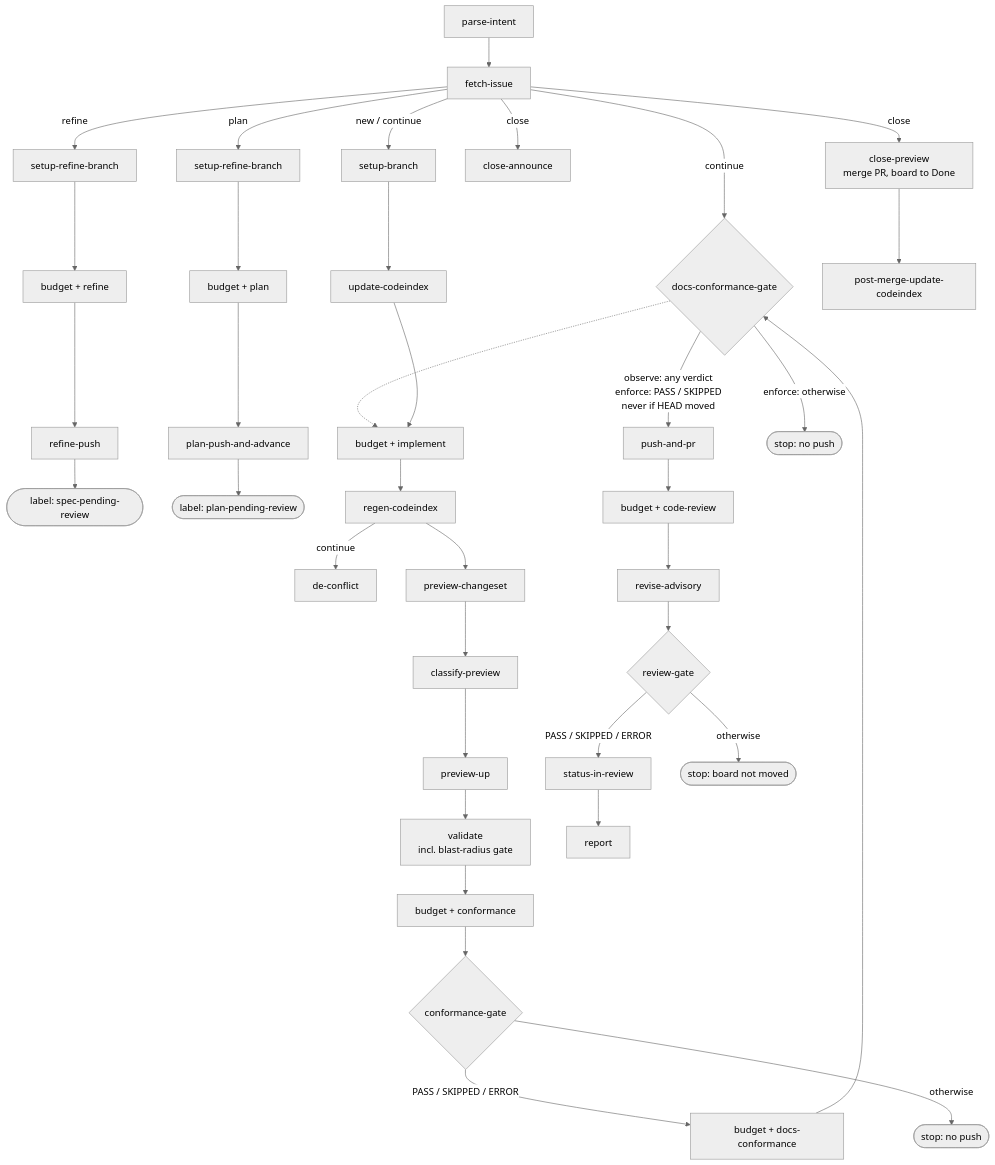
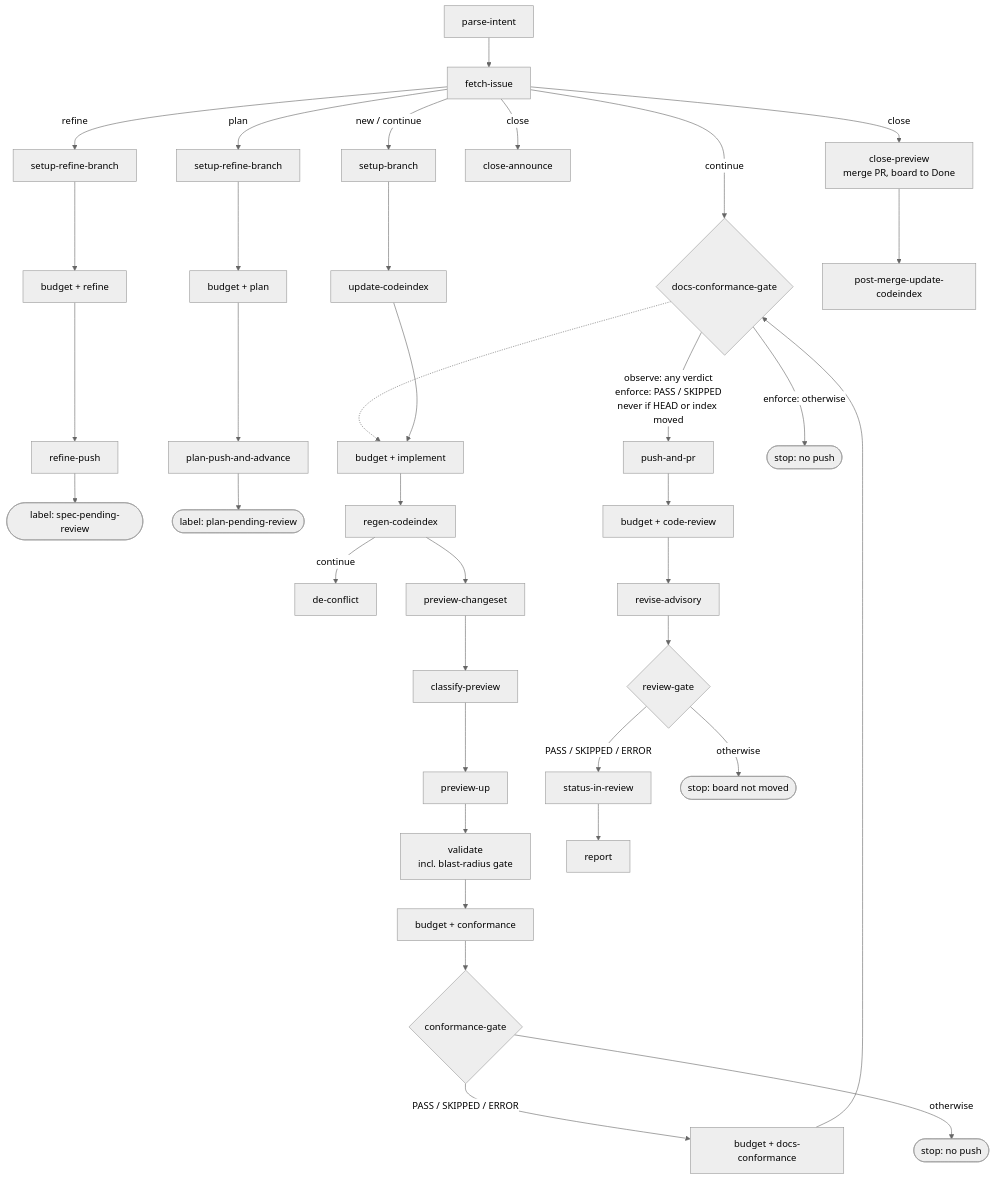
Before and after one commit to omniscient/dark-factory: the diagram in docs/run-lifecycle.md, drawn with Mermaid (neutral theme). The commit also changed other lines of this file and 8 other files, not shown here.

````diff
--- a/docs/run-lifecycle.md
+++ b/docs/run-lifecycle.md
@@ -235,32 +235,32 @@
 ```mermaid
 flowchart TD
     PI[parse-intent] --> FI[fetch-issue]
 
     FI -->|refine| RB[setup-refine-branch]
     RB --> RF["budget + refine"] --> RP[refine-push]
     RP --> SPR(["label: spec-pending-review"])
 
     FI -->|plan| PB[setup-refine-branch]
     PB --> PL["budget + plan"] --> PP[plan-push-and-advance]
     PP --> PPR(["label: plan-pending-review"])
 
     FI -->|continue| DG["digest-comments<br/>summarize-feedback<br/>acknowledge-continue"]
     FI -->|"new / continue"| SB[setup-branch]
     DG -.-> IM
     SB --> UC[update-codeindex] --> IM["budget + implement"]
     IM --> RC[regen-codeindex]
     RC -->|continue| DC[de-conflict]
     RC --> PC[preview-changeset] --> CP[classify-preview] --> PU[preview-up]
     PU --> VA["validate<br/>incl. blast-radius gate"]
     VA --> CF["budget + conformance"] --> CG{conformance-gate}
     CG -->|"PASS / SKIPPED / ERROR"| DF["budget + docs-conformance"] --> DG{docs-conformance-gate}
     CG -->|otherwise| STOP1(["stop: no push"])
-    DG -->|"observe: any verdict<br/>enforce: PASS / SKIPPED<br/>never if HEAD moved"| PR[push-and-pr]
+    DG -->|"observe: any verdict<br/>enforce: PASS / SKIPPED<br/>never if HEAD or index moved"| PR[push-and-pr]
     DG -->|"enforce: otherwise"| STOP3(["stop: no push"])
     PR --> CR["budget + code-review"] --> RA[revise-advisory] --> RG{review-gate}
     RG -->|"PASS / SKIPPED / ERROR"| SR[status-in-review] --> RE[report]
     RG -->|otherwise| STOP2(["stop: board not moved"])
 
     FI -->|close| CA[close-announce]
     FI -->|close| CL["close-preview<br/>merge PR, board to Done"] --> PM[post-merge-update-codeindex]
 ```
````
